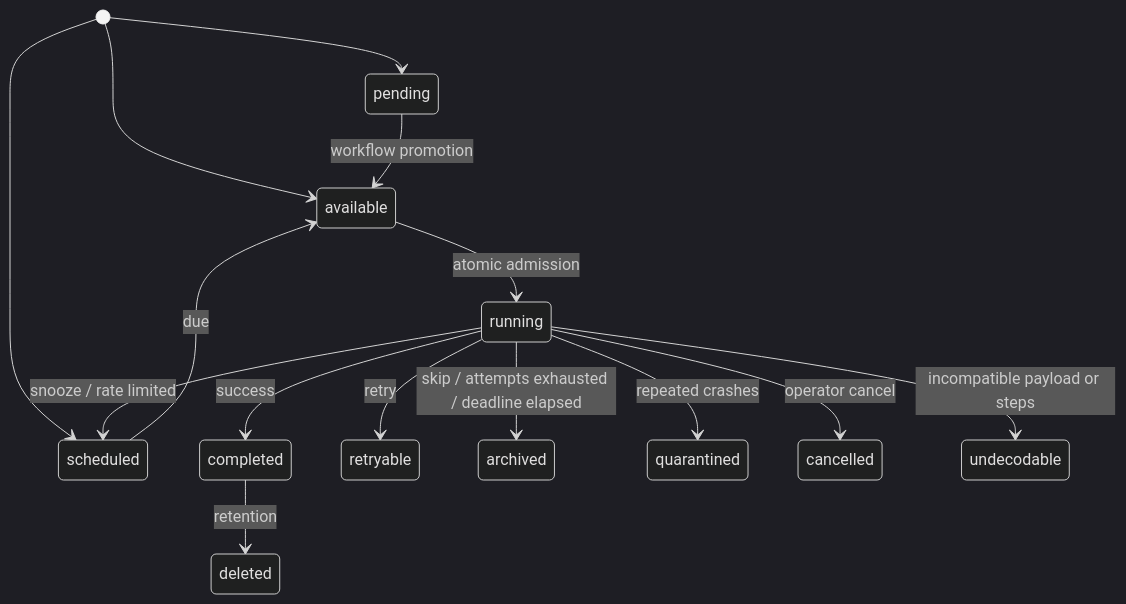
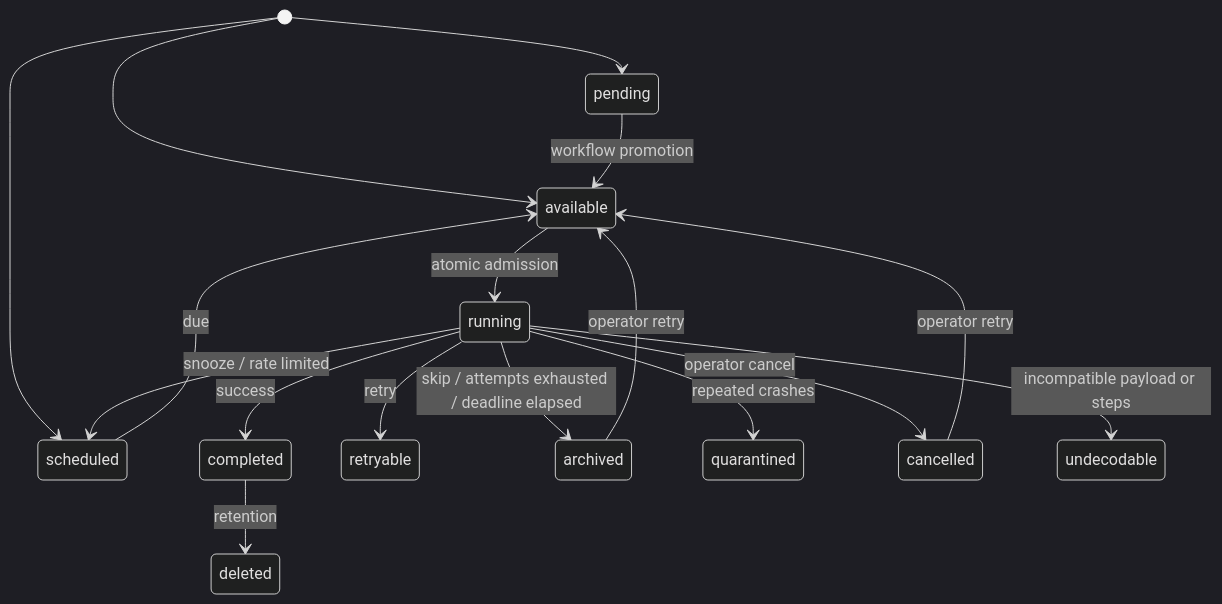
One commit to Mujhtech/headgate changed the diagram in docs/concepts/jobs-and-lifecycle.mdx. Above: the diagram before and after it, drawn with Mermaid (dark theme). The commit also changed 21 other files, not shown here.

````diff
--- a/docs/concepts/jobs-and-lifecycle.mdx
+++ b/docs/concepts/jobs-and-lifecycle.mdx
@@ -27,17 +27,19 @@
 ```mermaid
 stateDiagram-v2
   [*] --> available
   [*] --> scheduled
   [*] --> pending
   scheduled --> available: due
   pending --> available: workflow promotion
   available --> running: atomic admission
   running --> completed: success
   running --> retryable: retry
   running --> scheduled: snooze / rate limited
   running --> archived: skip / attempts exhausted / deadline elapsed
   running --> quarantined: repeated crashes
   running --> cancelled: operator cancel
   running --> undecodable: incompatible payload or steps
+  archived --> available: operator retry
+  cancelled --> available: operator retry
   completed --> deleted: retention
 ```
````
